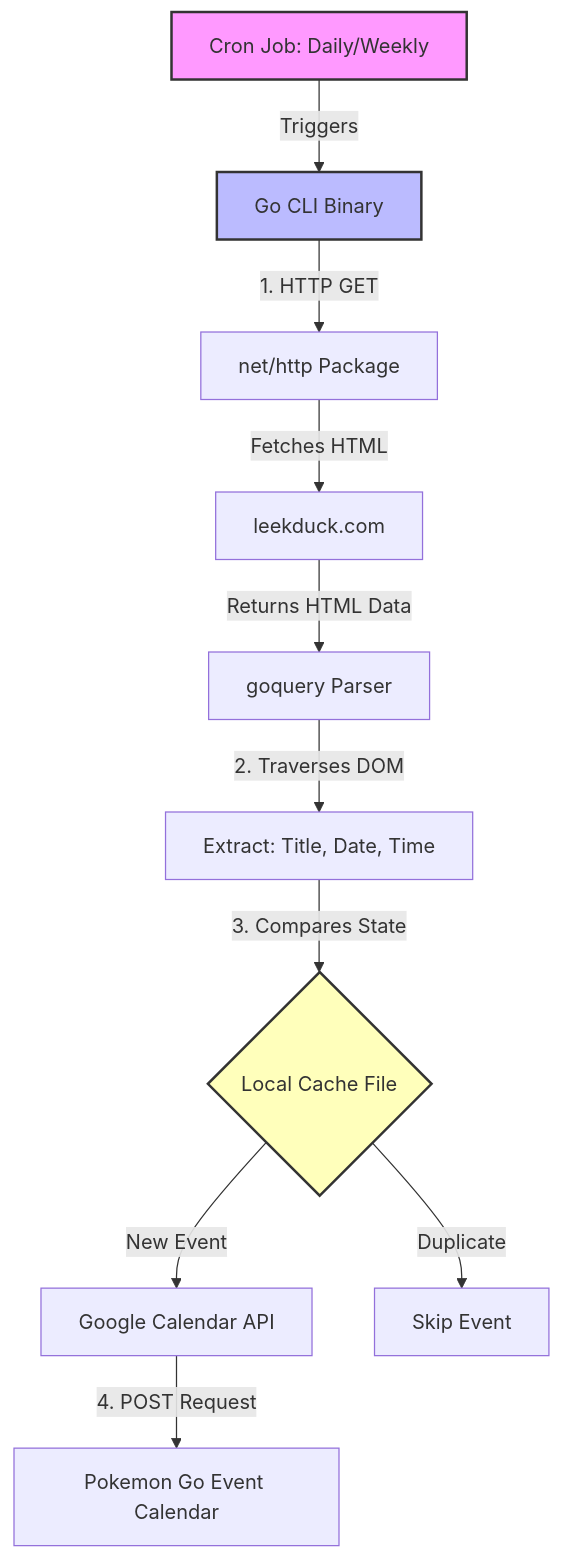
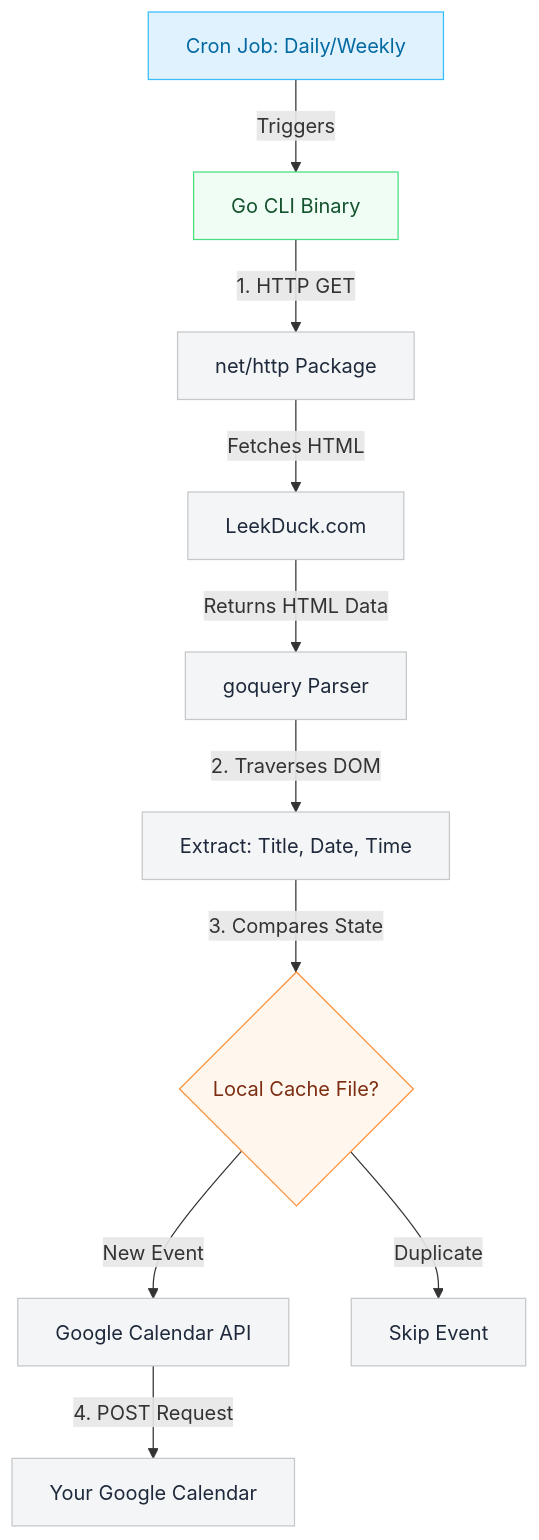
The diagram in README.md (Hydrohaven/pogo-event-cal), drawn with Mermaid before and after one commit.

Commit message:
style: tweaked mermaid blocks

````diff
--- a/README.md
+++ b/README.md
@@ -5,24 +5,29 @@
 ```mermaid
 graph TD
     %% Trigger Mechanism
     Cron[Cron Job: Daily/Weekly] -->|Triggers| App[Go CLI Binary]
 
     %% Ingestion Layer
     App -->|1. HTTP GET| NetHTTP[net/http Package]
-    NetHTTP -->|Fetches HTML| LeekDuck[leekduck.com]
+    NetHTTP -->|Fetches HTML| LeekDuck[LeekDuck.com]
     LeekDuck -->|Returns HTML Data| GoQuery[goquery Parser]
     
     %% Processing Layer
     GoQuery -->|2. Traverses DOM| Extract[Extract: Title, Date, Time]
-    Extract -->|3. Compares State| Cache{Local Cache File}
+    Extract -->|3. Compares State| Cache{Local Cache File?}
     
     %% Output Layer
     Cache -->|New Event| GCal[Google Calendar API]
     Cache -->|Duplicate| Skip[Skip Event]
-    GCal -->|4. POST Request| Calendar[Pokemon Go Event Calendar]
+    GCal -->|4. POST Request| Calendar[Your Google Calendar]
     
-    %% Styling
-    style Cron fill:#f9f,stroke:#333,stroke-width:2px
-    style App fill:#bbf,stroke:#333,stroke-width:2px
-    style Cache fill:#ffb,stroke:#333,stroke-width:2px
+    %% Subtle/Professional Styling
+    classDef default fill:#f4f5f6,stroke:#c5c7c9,stroke-width:1px,color:#1e293b;
+    classDef trigger fill:#e0f2fe,stroke:#38bdf8,stroke-width:1px,color:#0369a1;
+    classDef core fill:#f0fdf4,stroke:#4ade80,stroke-width:1px,color:#14532d;
+    classDef logic fill:#fff7ed,stroke:#fb923c,stroke-width:1px,color:#7c2d12;
+    
+    class Cron trigger;
+    class App core;
+    class Cache logic;
 ```
````
